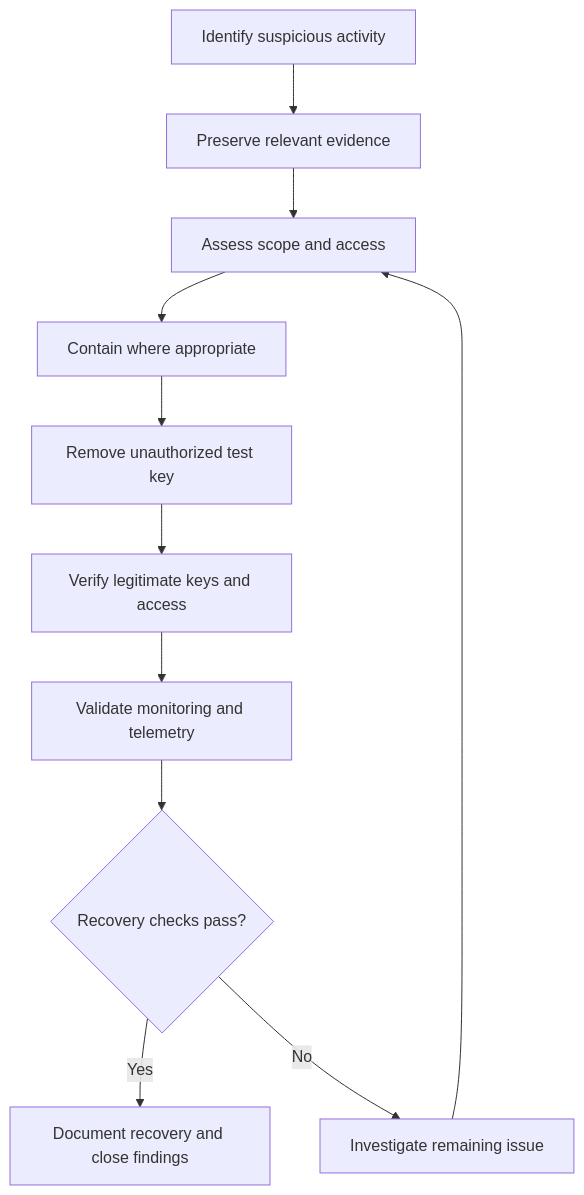
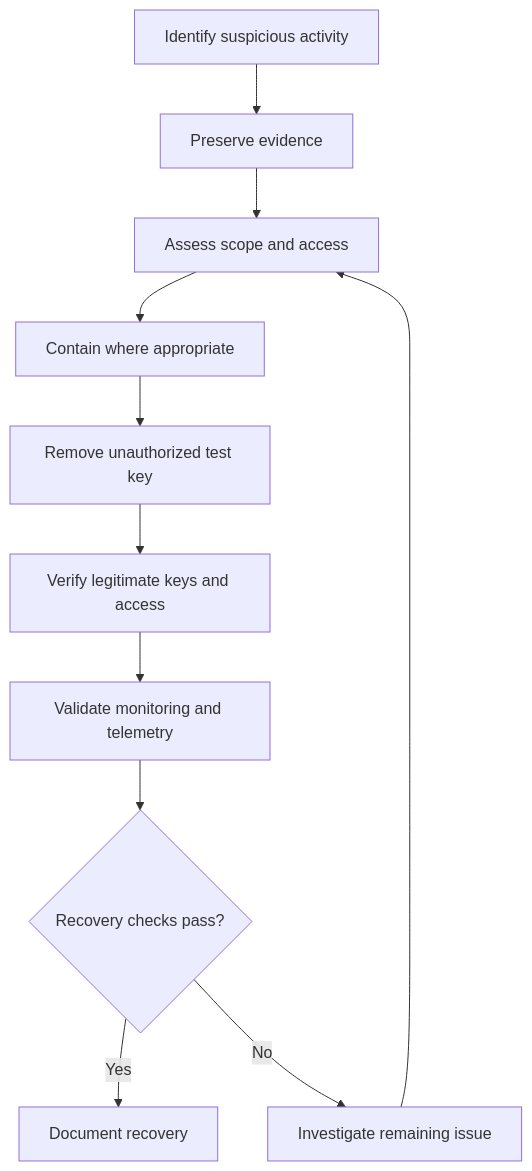
One commit to KdMenon007/CatchMe-SOC-Project-01 changed the ninth of 10 diagrams in 02-scenario/README.md. Above: the diagram before and after it, drawn with Mermaid. The commit also changed other lines of this file, not shown here.

````diff
--- a/02-scenario/README.md
+++ b/02-scenario/README.md
@@ -458,13 +458,13 @@
 ```mermaid
 flowchart TD
-    A["Identify suspicious activity"] --> B["Preserve relevant evidence"]
-    B --> C["Assess scope and access"]
-    C --> D["Contain where appropriate"]
-    D --> E["Remove unauthorized test key"]
-    E --> F["Verify legitimate keys and access"]
-    F --> G["Validate monitoring and telemetry"]
-    G --> H{"Recovery checks pass?"}
-    H -->|Yes| I["Document recovery and close findings"]
-    H -->|No| J["Investigate remaining issue"]
+    A[Identify suspicious activity] --> B[Preserve evidence]
+    B --> C[Assess scope and access]
+    C --> D[Contain where appropriate]
+    D --> E[Remove unauthorized test key]
+    E --> F[Verify legitimate keys and access]
+    F --> G[Validate monitoring and telemetry]
+    G --> H{Recovery checks pass?}
+    H -->|Yes| I[Document recovery]
+    H -->|No| J[Investigate remaining issue]
     J --> C
 ```
````
